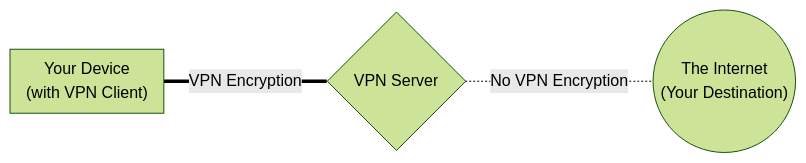
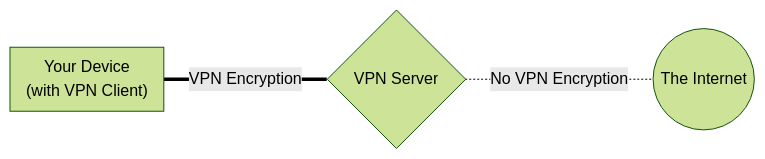
Before and after one commit to privacyguides/privacyguides.org: the diagram in docs/basics/vpn-overview.md, drawn with Mermaid (forest theme).

Commit message:
remove unnecessary text

````diff
--- a/docs/basics/vpn-overview.md
+++ b/docs/basics/vpn-overview.md
@@ -25,7 +25,7 @@
 ``` mermaid
 flowchart LR
- 763931["Your Device<div>(with VPN Client)</div>"] ===|"VPN Encryption"| 404512{"VPN Server"}
- 404512 -.-|"No VPN Encryption"| 593753(("The Internet<div>(Your Destination)</div>"))
+ 763931["Your Device (with VPN Client)"] ===|"VPN Encryption"| 404512{"VPN Server"}
+ 404512 -.-|"No VPN Encryption"| 593753(("The Internet"))
  subgraph 763931["Your Device<div>(with VPN Client)</div>"]
  end
 ```
````
